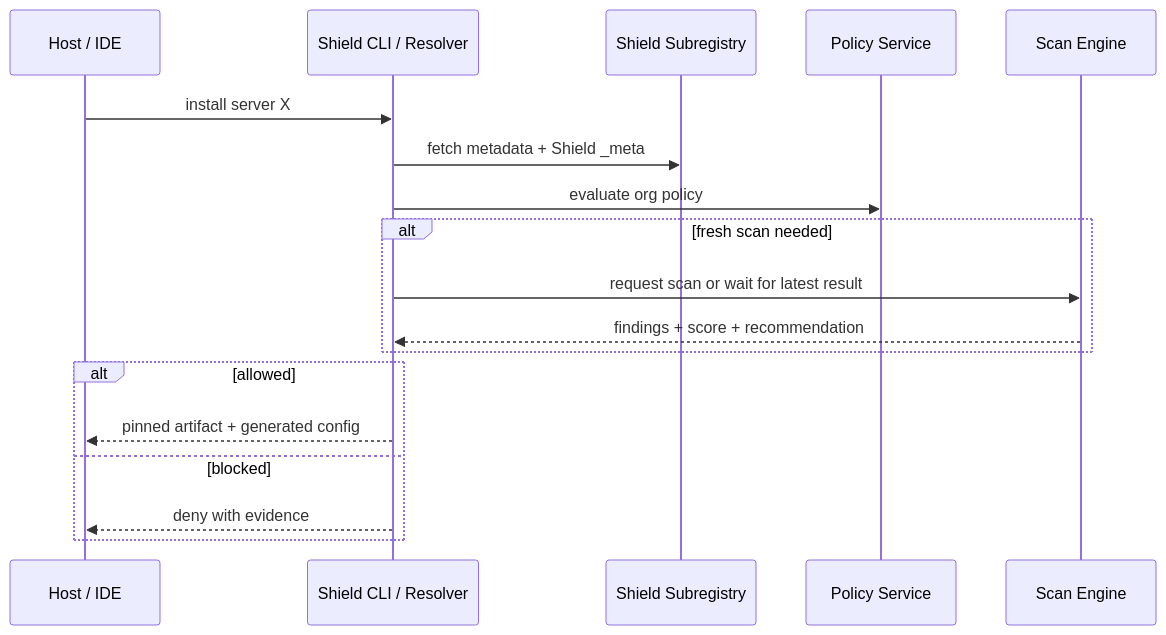
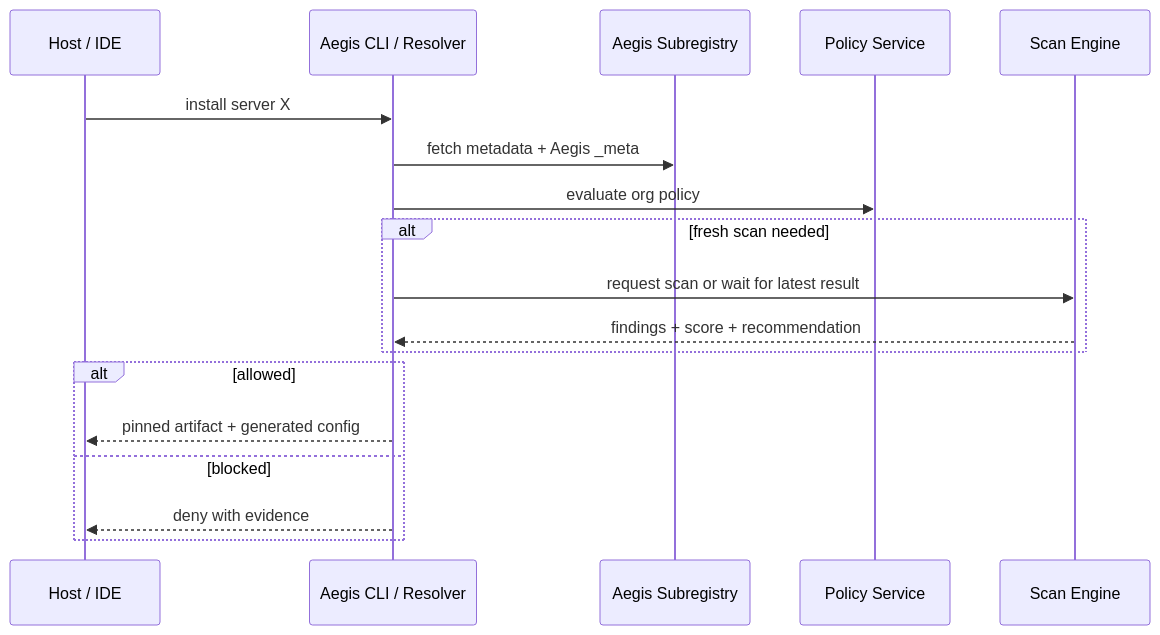
The third of 6 diagrams in docs/architecture.md (xiao-zi-chen/mcp-aegis), drawn with Mermaid before and after one commit. The commit also changed other lines of this file and 22 other files, not shown here.

````diff
--- a/docs/architecture.md
+++ b/docs/architecture.md
@@ -353,21 +353,21 @@
 ```mermaid
 sequenceDiagram
     participant Host as Host / IDE
-    participant CLI as Shield CLI / Resolver
-    participant Reg as Shield Subregistry
+    participant CLI as Aegis CLI / Resolver
+    participant Reg as Aegis Subregistry
     participant Policy as Policy Service
     participant Scan as Scan Engine
 
     Host->>CLI: install server X
-    CLI->>Reg: fetch metadata + Shield _meta
+    CLI->>Reg: fetch metadata + Aegis _meta
     CLI->>Policy: evaluate org policy
     alt fresh scan needed
         CLI->>Scan: request scan or wait for latest result
         Scan-->>CLI: findings + score + recommendation
     end
     alt allowed
         CLI-->>Host: pinned artifact + generated config
     else blocked
         CLI-->>Host: deny with evidence
     end
 ```
````
